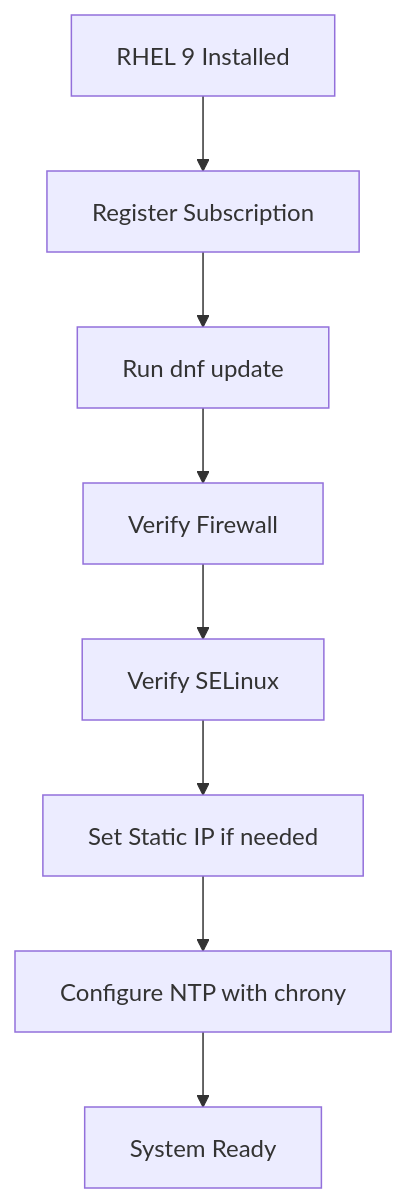
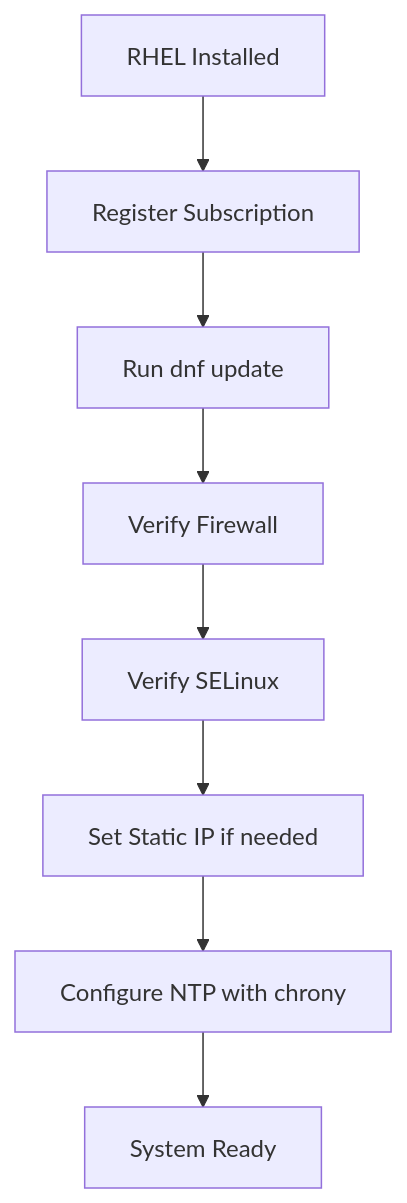
One commit to OneUptime/blog changed the diagram in posts/2026-03-04-install-rhel-9-from-installation-media/README.md. Above: the diagram before and after it, drawn with Mermaid. The commit also changed other lines of this file and 4866 other files, not shown here.

````diff
--- a/posts/2026-03-04-install-rhel-9-from-installation-media/README.md
+++ b/posts/2026-03-04-install-rhel-9-from-installation-media/README.md
@@ -179,10 +179,10 @@
 ```mermaid
 flowchart TD
-    A[RHEL 9 Installed] --> B[Register Subscription]
+    A[RHEL Installed] --> B[Register Subscription]
     B --> C[Run dnf update]
     C --> D[Verify Firewall]
     D --> E[Verify SELinux]
     E --> F[Set Static IP if needed]
     F --> G[Configure NTP with chrony]
     G --> H[System Ready]
 ```
````
